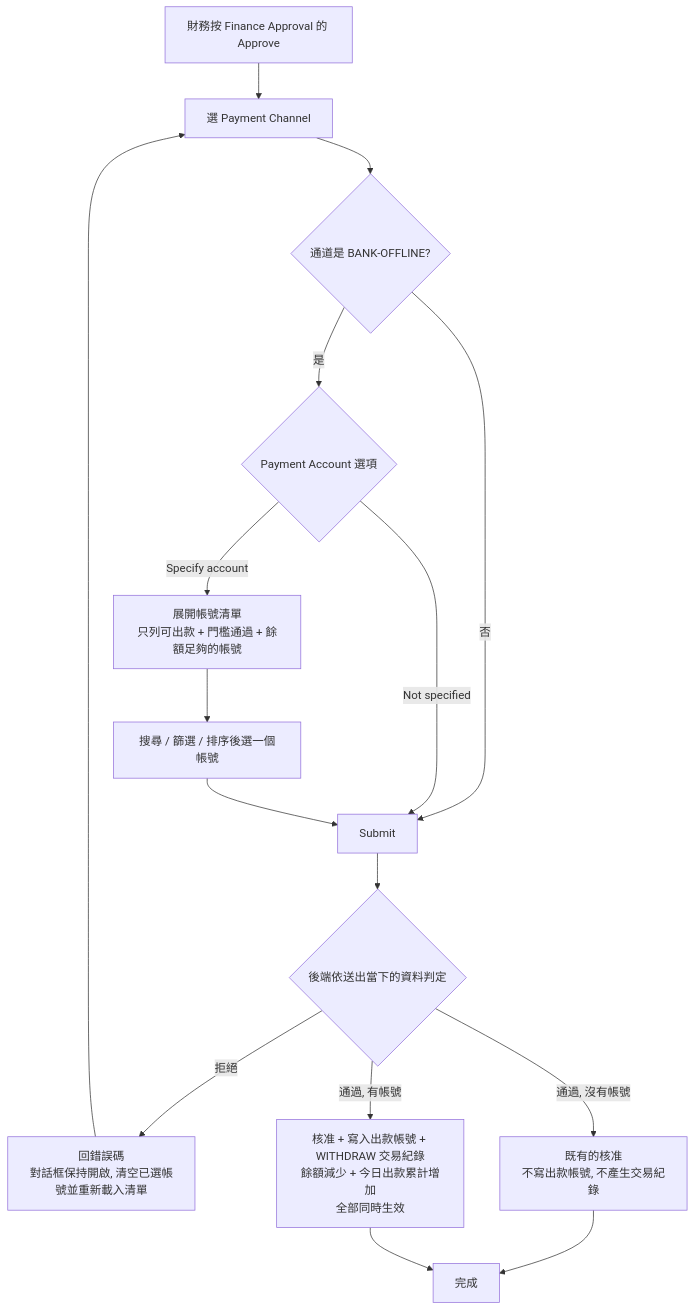
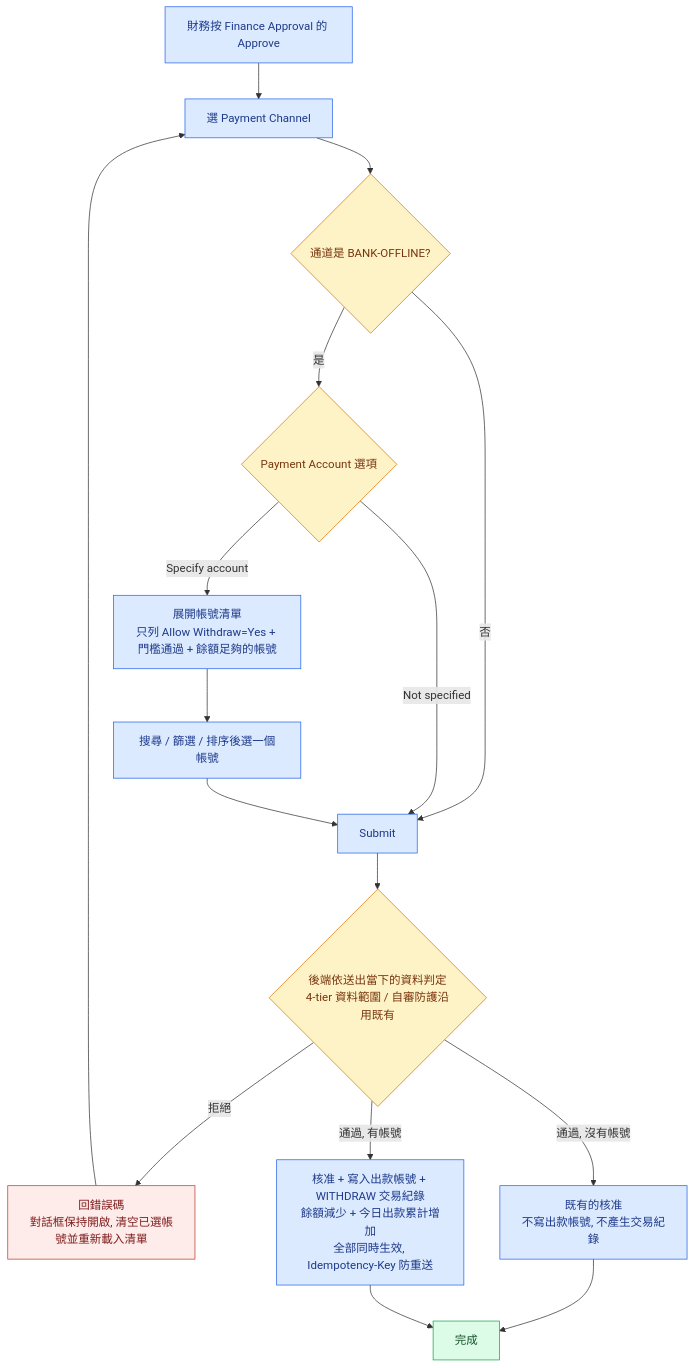
One commit to guswei/betally-bo-mockup changed the first of 2 diagrams in withdraw-payment-account/withdraw_payment_account_spec.md. Above: the diagram before and after it, drawn with Mermaid. The commit also changed other lines of this file and 5 other files, not shown here.

````diff
--- a/withdraw-payment-account/withdraw_payment_account_spec.md
+++ b/withdraw-payment-account/withdraw_payment_account_spec.md
@@ -828,18 +837,26 @@
 ```mermaid
 flowchart TD
     A[財務按 Finance Approval 的 Approve] --> B[選 Payment Channel]
     B --> C{通道是 BANK-OFFLINE?}
     C -- 否 --> S[Submit]
     C -- 是 --> D{Payment Account 選項}
     D -- Not specified --> S
-    D -- Specify account --> E[展開帳號清單<br/>只列可出款 + 門檻通過 + 餘額足夠的帳號]
+    D -- Specify account --> E[展開帳號清單<br/>只列 Allow Withdraw=Yes + 門檻通過 + 餘額足夠的帳號]
     E --> F[搜尋 / 篩選 / 排序後選一個帳號]
     F --> S
-    S --> V{後端依送出當下的資料判定}
+    S --> V{後端依送出當下的資料判定<br/>4-tier 資料範圍 / 自審防護沿用既有}
     V -- 拒絕 --> X[回錯誤碼<br/>對話框保持開啟, 清空已選帳號並重新載入清單]
     X --> B
     V -- 通過, 沒有帳號 --> T1[既有的核准<br/>不寫出款帳號, 不產生交易紀錄]
-    V -- 通過, 有帳號 --> T2[核准 + 寫入出款帳號 + WITHDRAW 交易紀錄<br/>餘額減少 + 今日出款累計增加<br/>全部同時生效]
+    V -- 通過, 有帳號 --> T2[核准 + 寫入出款帳號 + WITHDRAW 交易紀錄<br/>餘額減少 + 今日出款累計增加<br/>全部同時生效, Idempotency-Key 防重送]
     T1 --> Z[完成]
     T2 --> Z
+    classDef step fill:#dbeafe,stroke:#2563eb,color:#1e3a8a
+    classDef dec  fill:#fef3c7,stroke:#d97706,color:#78350f
+    classDef stop fill:#fdecea,stroke:#c0392b,color:#7f1d1d
+    classDef done fill:#dcfce7,stroke:#16a34a,color:#14532d
+    class A,B,E,F,S,T1,T2 step
+    class C,D,V dec
+    class X stop
+    class Z done
 ```
````
